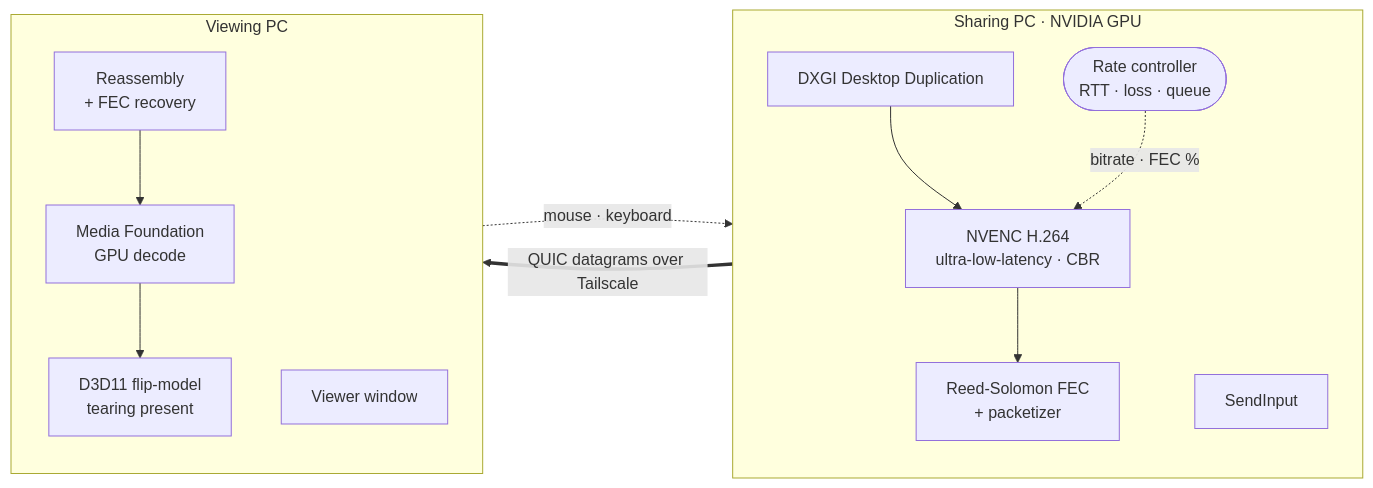
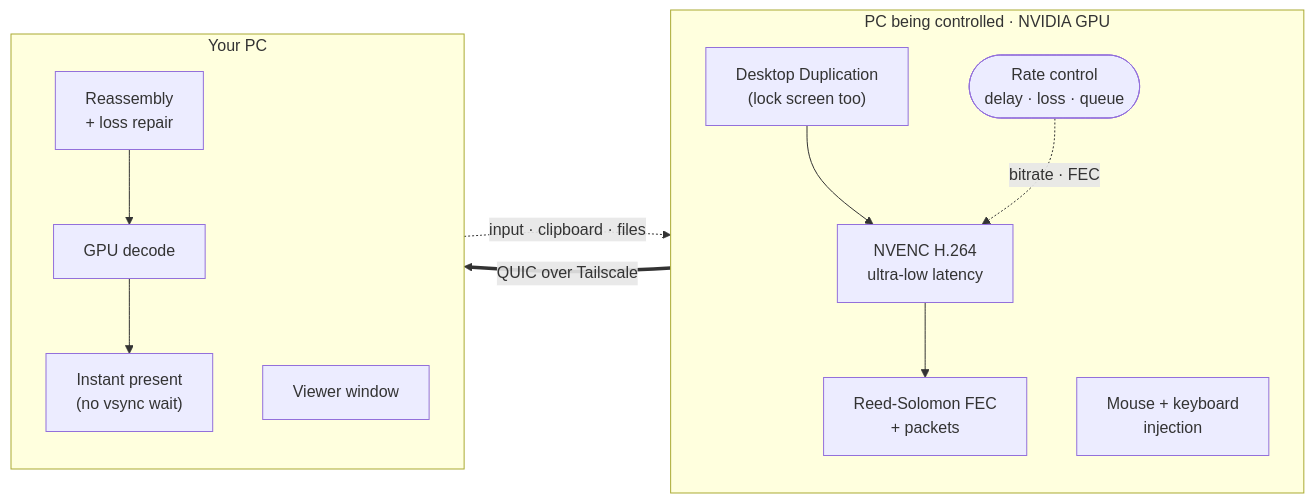
The diagram in README.md (gitsurajkr/orbit), drawn with Mermaid before and after one commit. The commit also changed other lines of this file, not shown here.

````diff
--- a/README.md
+++ b/README.md
@@ -38,18 +131,18 @@
 ```mermaid
 flowchart LR
-    subgraph S["Sharing PC · NVIDIA GPU"]
+    subgraph S["PC being controlled · NVIDIA GPU"]
         direction TB
-        CAP["DXGI Desktop Duplication"] --> ENC["NVENC H.264<br/>ultra-low-latency · CBR"]
-        ENC --> FEC["Reed-Solomon FEC<br/>+ packetizer"]
-        CTL(["Rate controller<br/>RTT · loss · queue"]) -. bitrate · FEC % .-> ENC
-        INP["SendInput"]
+        CAP["Desktop Duplication<br/>(lock screen too)"] --> ENC["NVENC H.264<br/>ultra-low latency"]
+        ENC --> FEC["Reed-Solomon FEC<br/>+ packets"]
+        CTL(["Rate control<br/>delay · loss · queue"]) -. bitrate · FEC .-> ENC
+        INP["Mouse + keyboard<br/>injection"]
     end
-    subgraph V["Viewing PC"]
+    subgraph V["Your PC"]
         direction TB
-        REA["Reassembly<br/>+ FEC recovery"] --> DEC["Media Foundation<br/>GPU decode"]
-        DEC --> PRE["D3D11 flip-model<br/>tearing present"]
+        REA["Reassembly<br/>+ loss repair"] --> DEC["GPU decode"]
+        DEC --> PRE["Instant present<br/>(no vsync wait)"]
         WIN["Viewer window"]
     end
-    FEC == "QUIC datagrams over Tailscale" ==> REA
-    WIN -. "mouse · keyboard" .-> INP
+    FEC == "QUIC over Tailscale" ==> REA
+    WIN -. "input · clipboard · files" .-> INP
 ```
````
